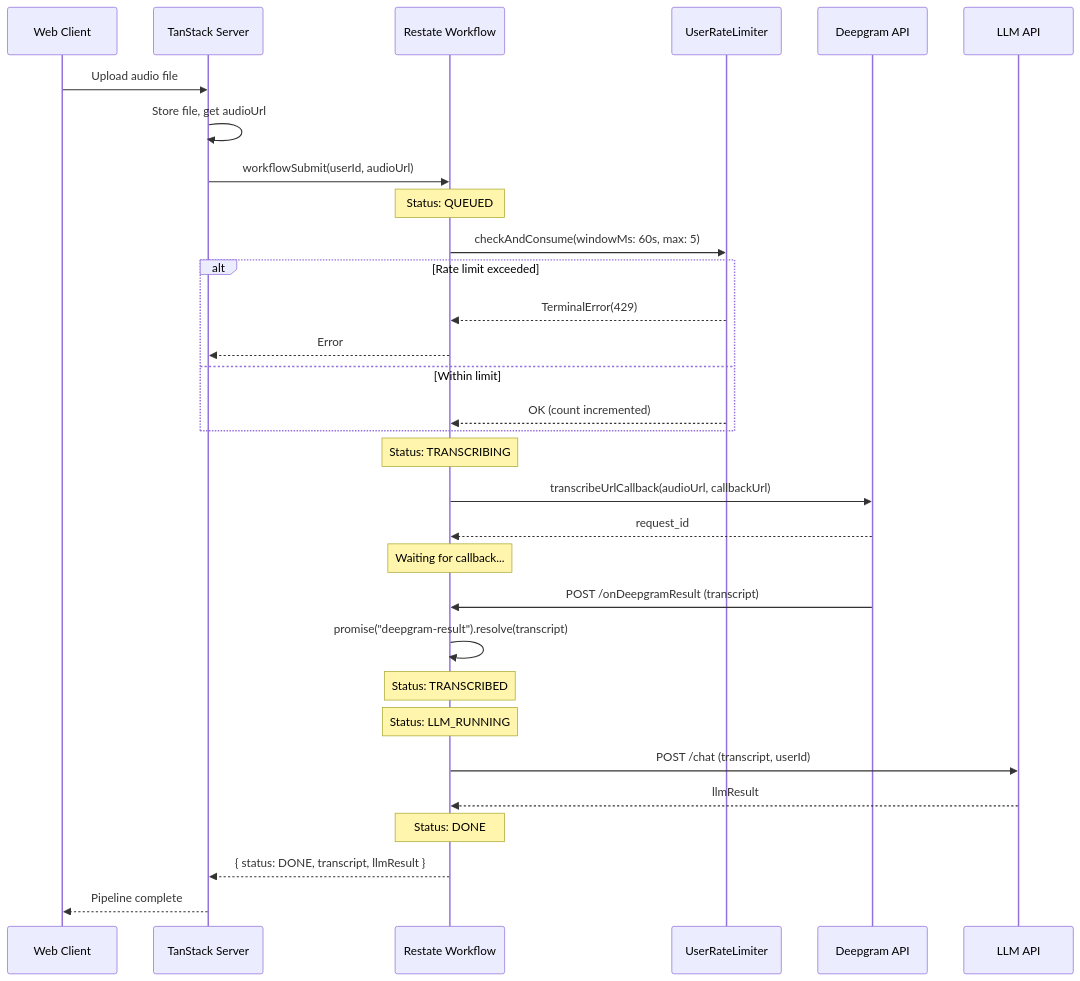
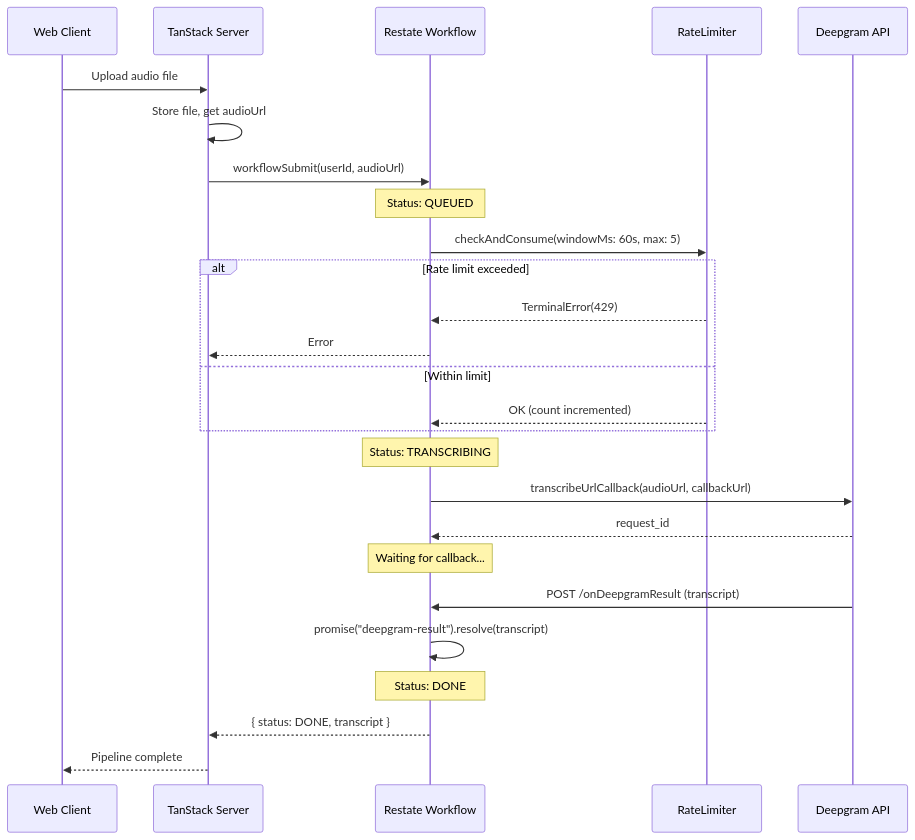
One commit to fastrepl/hyprnote changed the diagram in apps/web/content/articles/durable-meeting-summary.mdx. Above: the diagram before and after it, drawn with Mermaid. The commit also changed 3 other files, not shown here.

First line of the commit message:
refactor(restate): simplify audioPipeline and remove userRateLimiter

````diff
--- a/apps/web/content/articles/durable-meeting-summary.mdx
+++ b/apps/web/content/articles/durable-meeting-summary.mdx
@@ -15,45 +15,38 @@
 ```mermaid
 sequenceDiagram
     participant Client as Web Client
     participant Server as TanStack Server
     participant Restate as Restate Workflow
-    participant RateLimiter as UserRateLimiter
+    participant RateLimiter as RateLimiter
     participant Deepgram as Deepgram API
-    participant LLM as LLM API
 
     Client->>Server: Upload audio file
     Server->>Server: Store file, get audioUrl
     Server->>Restate: workflowSubmit(userId, audioUrl)
     
     Note over Restate: Status: QUEUED
     
     Restate->>RateLimiter: checkAndConsume(windowMs: 60s, max: 5)
     
     alt Rate limit exceeded
         RateLimiter-->>Restate: TerminalError(429)
         Restate-->>Server: Error
     else Within limit
         RateLimiter-->>Restate: OK (count incremented)
     end
     
     Note over Restate: Status: TRANSCRIBING
     
     Restate->>Deepgram: transcribeUrlCallback(audioUrl, callbackUrl)
     Deepgram-->>Restate: request_id
     
     Note over Restate: Waiting for callback...
     
     Deepgram->>Restate: POST /onDeepgramResult (transcript)
     Restate->>Restate: promise("deepgram-result").resolve(transcript)
     
-    Note over Restate: Status: TRANSCRIBED
-    Note over Restate: Status: LLM_RUNNING
-    
-    Restate->>LLM: POST /chat (transcript, userId)
-    LLM-->>Restate: llmResult
-    
     Note over Restate: Status: DONE
     
-    Restate-->>Server: { status: DONE, transcript, llmResult }
+    Restate-->>Server: { status: DONE, transcript }
     Server-->>Client: Pipeline complete
 ```
````
